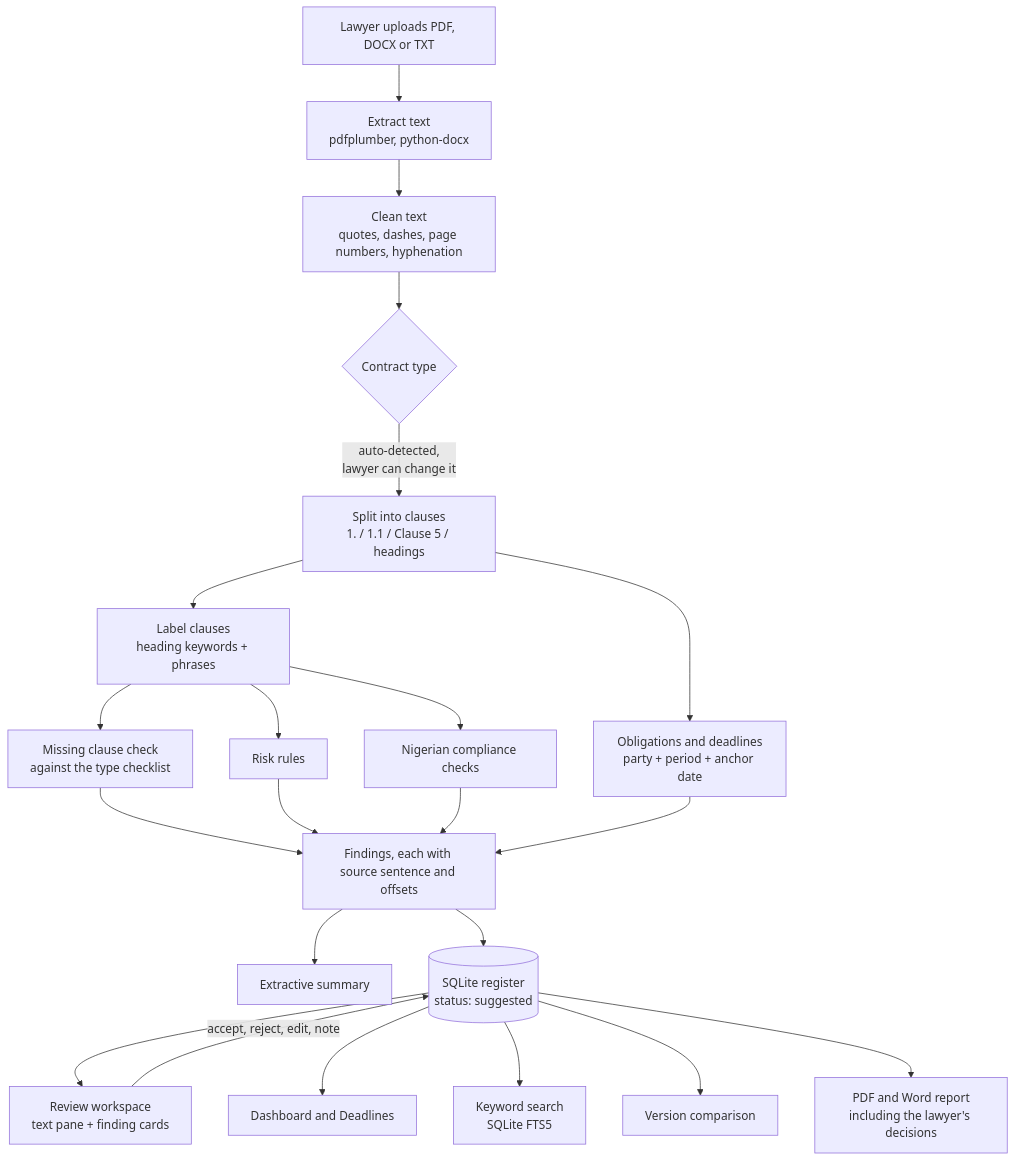
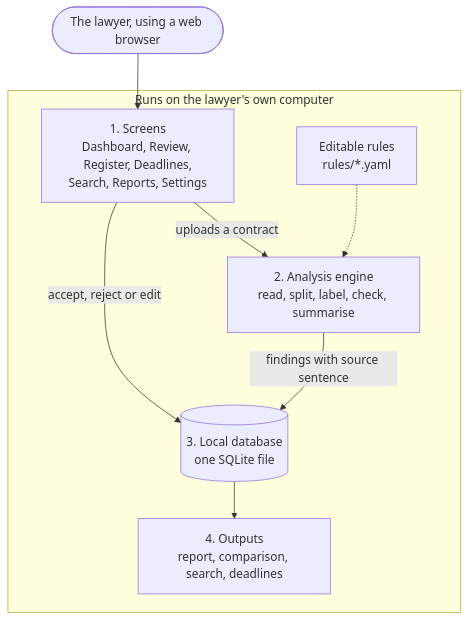
One commit to mtor24/contract-review-ng changed the first of 2 diagrams in docs/architecture.md. Above: the diagram before and after it, drawn with Mermaid. The commit also changed other lines of this file and 5 other files, not shown here.

First line of the commit message:
Redraw thesis component and data-flow diagrams for readability

````diff
--- a/docs/architecture.md
+++ b/docs/architecture.md
@@ -95,21 +40,17 @@
 ```mermaid
-flowchart TD
-    U[Lawyer uploads PDF, DOCX or TXT] --> E[Extract text<br/>pdfplumber, python-docx]
-    E --> C[Clean text<br/>quotes, dashes, page numbers, hyphenation]
-    C --> T{Contract type}
-    T -->|auto-detected,<br/>lawyer can change it| S[Split into clauses<br/>1. / 1.1 / Clause 5 / headings]
-    S --> L[Label clauses<br/>heading keywords + phrases]
-    L --> M[Missing clause check<br/>against the type checklist]
-    L --> R[Risk rules]
-    L --> K[Nigerian compliance checks]
-    S --> O[Obligations and deadlines<br/>party + period + anchor date]
-    M & R & K & O --> F[Findings, each with source sentence and offsets]
-    F --> SUMM[Extractive summary]
-    F --> DB[(SQLite register<br/>status: suggested)]
-    DB --> W[Review workspace<br/>text pane + finding cards]
-    W -->|accept, reject, edit, note| DB
-    DB --> DL[Dashboard and Deadlines]
-    DB --> Q[Keyword search<br/>SQLite FTS5]
-    DB --> V[Version comparison]
-    DB --> P[PDF and Word report<br/>including the lawyer's decisions]
+flowchart TB
+    L([The lawyer, using a web browser])
+    subgraph PC["Runs on the lawyer's own computer"]
+        S1["1. Screens<br/>Dashboard, Review, Register, Deadlines,<br/>Search, Reports, Settings"]
+        S2["2. Analysis engine<br/>read, split, label, check, summarise"]
+        R["Editable rules<br/>rules/*.yaml"]
+        S3[("3. Local database<br/>one SQLite file")]
+        S4["4. Outputs<br/>report, comparison, search, deadlines"]
+    end
+    L --> S1
+    S1 -- "uploads a contract" --> S2
+    R -.-> S2
+    S2 -- "findings with source sentence" --> S3
+    S1 -- "accept, reject or edit" --> S3
+    S3 --> S4
 ```
````
